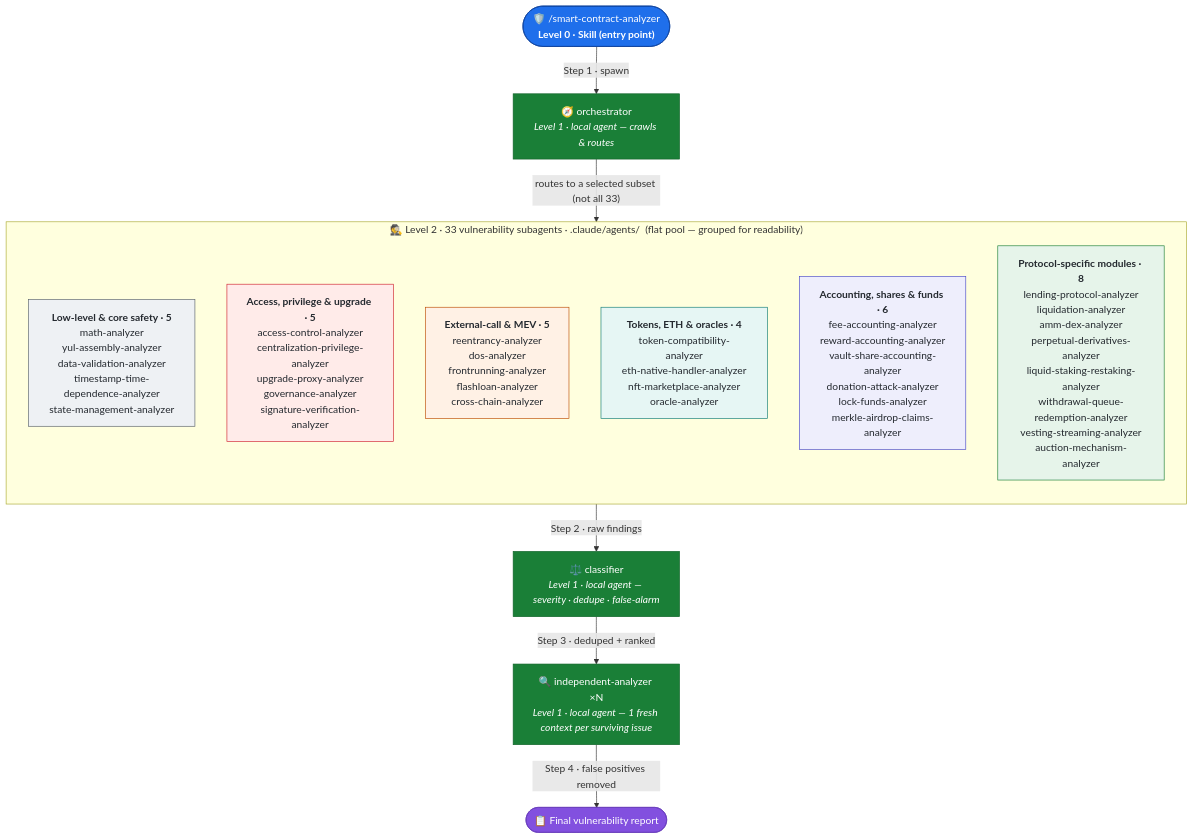
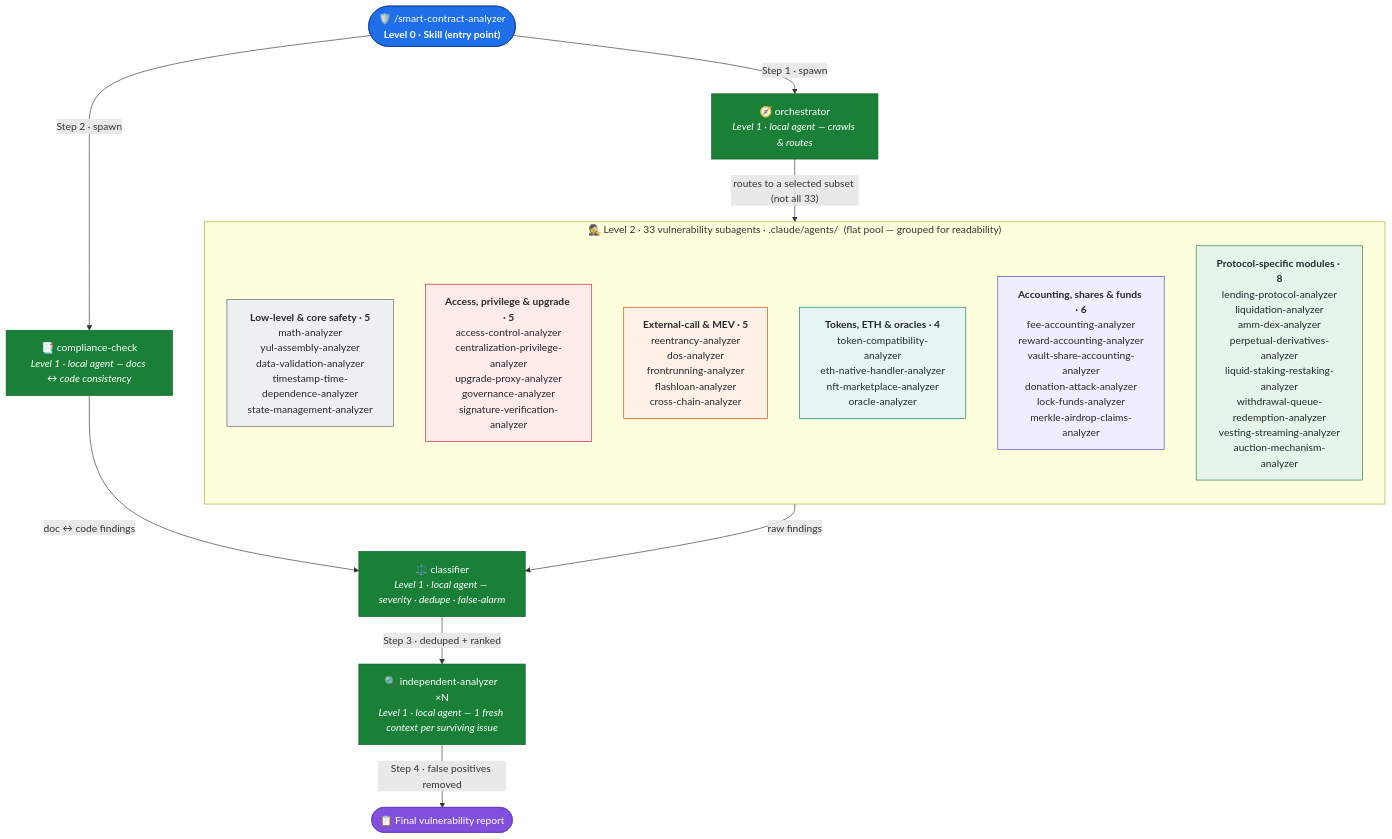
The diagram in .claude/skills/smart-contract-analyzer/README.md (mnedelchev-vn/solidity-claude-setup), drawn with Mermaid before and after one commit.

Commit message:
docs(smart-contract-analyzer): add compliance-check node to architecture diagram

````diff
--- a/.claude/skills/smart-contract-analyzer/README.md
+++ b/.claude/skills/smart-contract-analyzer/README.md
@@ -57,38 +57,41 @@
 ```mermaid
 flowchart TD
     SKILL(["🛡️ /smart-contract-analyzer<br/><b>Level 0 · Skill (entry point)</b>"])
     ORCH["🧭 orchestrator<br/><i>Level 1 · local agent — crawls & routes</i>"]
+    COMPL["📑 compliance-check<br/><i>Level 1 · local agent — docs ↔ code consistency</i>"]
     CLASS["⚖️ classifier<br/><i>Level 1 · local agent — severity · dedupe · false-alarm</i>"]
     INDEP["🔍 independent-analyzer ×N<br/><i>Level 1 · local agent — 1 fresh context per surviving issue</i>"]
     OUT(["📋 Final vulnerability report"])
 
     subgraph POOL["🕵️ Level 2 · 33 vulnerability subagents · .claude/agents/ &nbsp;(flat pool — grouped for readability)"]
       direction TB
       G1["<b>Low-level &amp; core safety · 5</b><br/>math-analyzer<br/>yul-assembly-analyzer<br/>data-validation-analyzer<br/>timestamp-time-dependence-analyzer<br/>state-management-analyzer"]
       G2["<b>Access, privilege &amp; upgrade · 5</b><br/>access-control-analyzer<br/>centralization-privilege-analyzer<br/>upgrade-proxy-analyzer<br/>governance-analyzer<br/>signature-verification-analyzer"]
       G3["<b>External-call &amp; MEV · 5</b><br/>reentrancy-analyzer<br/>dos-analyzer<br/>frontrunning-analyzer<br/>flashloan-analyzer<br/>cross-chain-analyzer"]
       G4["<b>Tokens, ETH &amp; oracles · 4</b><br/>token-compatibility-analyzer<br/>eth-native-handler-analyzer<br/>nft-marketplace-analyzer<br/>oracle-analyzer"]
       G5["<b>Accounting, shares &amp; funds · 6</b><br/>fee-accounting-analyzer<br/>reward-accounting-analyzer<br/>vault-share-accounting-analyzer<br/>donation-attack-analyzer<br/>lock-funds-analyzer<br/>merkle-airdrop-claims-analyzer"]
       G6["<b>Protocol-specific modules · 8</b><br/>lending-protocol-analyzer<br/>liquidation-analyzer<br/>amm-dex-analyzer<br/>perpetual-derivatives-analyzer<br/>liquid-staking-restaking-analyzer<br/>withdrawal-queue-redemption-analyzer<br/>vesting-streaming-analyzer<br/>auction-mechanism-analyzer"]
     end
 
     SKILL -- "Step 1 · spawn" --> ORCH
+    SKILL -- "Step 2 · spawn" --> COMPL
     ORCH -- "routes to a selected subset (not all 33)" --> POOL
-    POOL -- "Step 2 · raw findings" --> CLASS
+    POOL -- "raw findings" --> CLASS
+    COMPL -- "doc ↔ code findings" --> CLASS
     CLASS -- "Step 3 · deduped + ranked" --> INDEP
     INDEP -- "Step 4 · false positives removed" --> OUT
 
     classDef skill fill:#1f6feb,stroke:#0d419d,color:#fff;
     classDef local fill:#1a7f37,stroke:#116329,color:#fff;
     classDef out fill:#8250df,stroke:#6639ba,color:#fff;
     classDef g1 fill:#eef1f4,stroke:#57606a,color:#24292f;
     classDef g2 fill:#ffebe9,stroke:#cf222e,color:#24292f;
     classDef g3 fill:#fff1e5,stroke:#bc4c00,color:#24292f;
     classDef g4 fill:#e6f6f4,stroke:#0f7c74,color:#24292f;
     classDef g5 fill:#eeeefc,stroke:#4646c9,color:#24292f;
     classDef g6 fill:#e6f4ea,stroke:#1a7f37,color:#24292f;
     class SKILL skill;
-    class ORCH,CLASS,INDEP local;
+    class ORCH,COMPL,CLASS,INDEP local;
     class OUT out;
     class G1 g1; class G2 g2; class G3 g3; class G4 g4; class G5 g5; class G6 g6;
 ```
````
